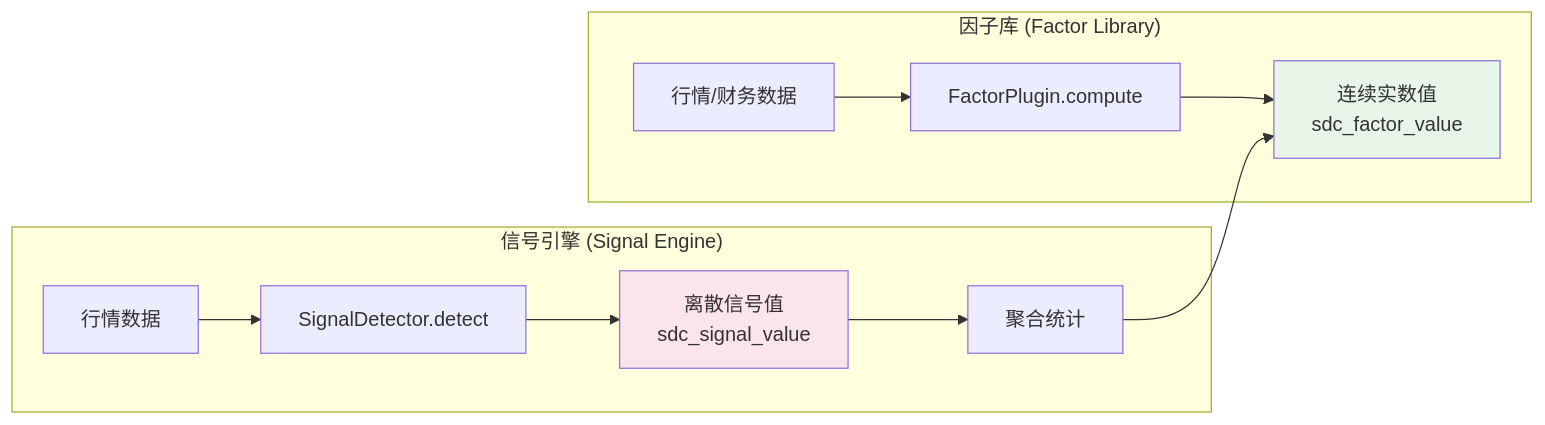
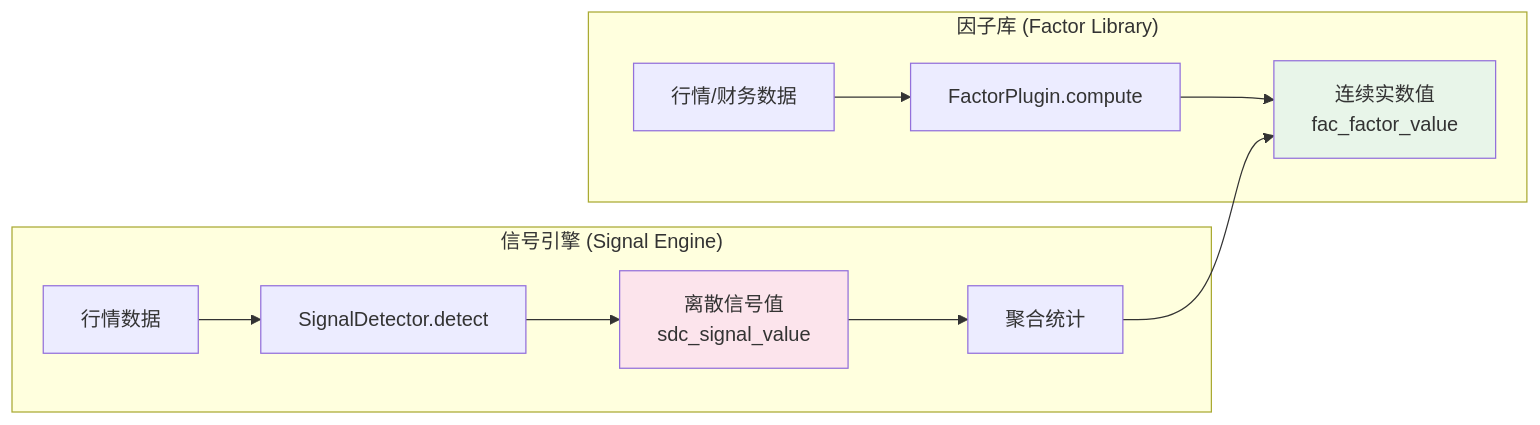
One commit to bitiany/xq-trader changed diagram 19 of 31 in docs/factor-architecture.md. Above: the diagram before and after it, drawn with Mermaid. The commit also changed other lines of this file and 35 other files, not shown here.

````diff
--- a/docs/factor-architecture.md
+++ b/docs/factor-architecture.md
@@ -651,17 +989,17 @@
 ```mermaid
 flowchart LR
     subgraph "因子库 (Factor Library)"
         F_INPUT[行情/财务数据] --> F_CALC[FactorPlugin.compute]
-        F_CALC --> F_VAL[连续实数值<br/>sdc_factor_value]
+        F_CALC --> F_VAL[连续实数值<br/>fac_factor_value]
     end
 
     subgraph "信号引擎 (Signal Engine)"
         S_INPUT[行情数据] --> S_DETECT[SignalDetector.detect]
         S_DETECT --> S_VAL[离散信号值<br/>sdc_signal_value]
         S_VAL --> S_AGG[聚合统计]
         S_AGG --> F_VAL
     end
 
     style F_VAL fill:#e8f5e9
     style S_VAL fill:#fce4ec
 ```
````
